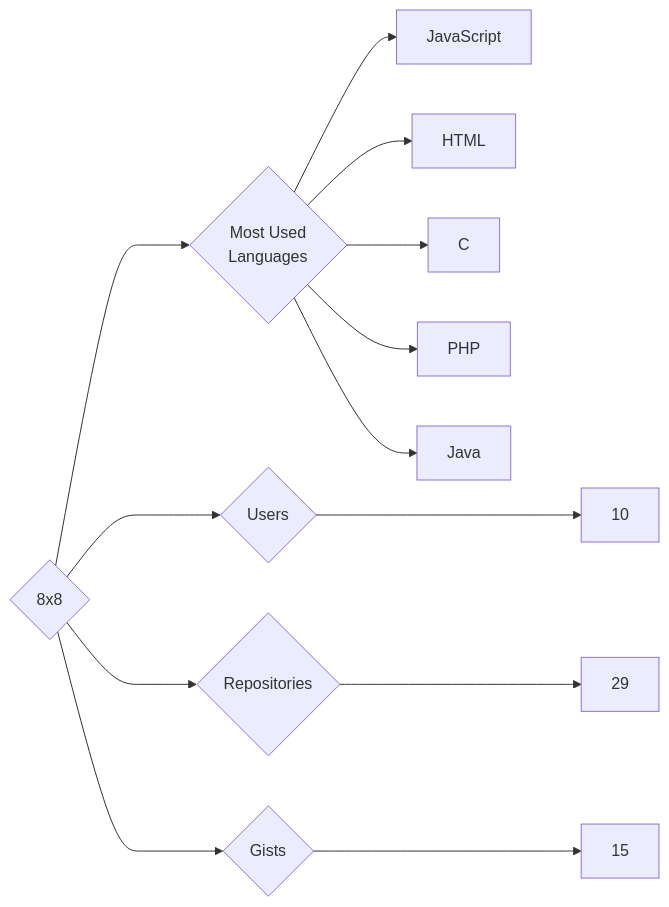
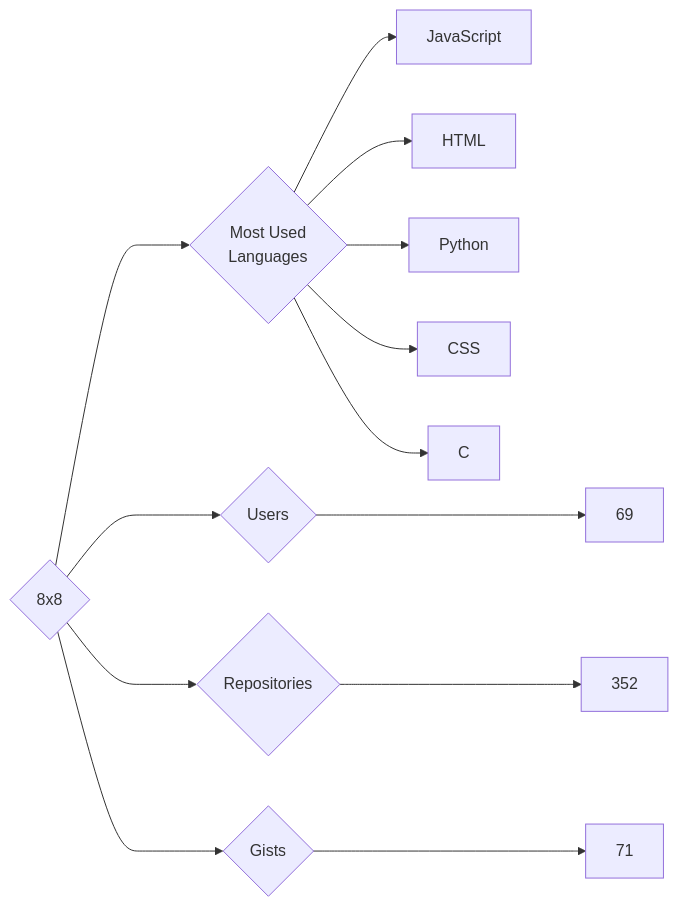
One commit to trickest/insiders changed the diagram in targets/8x8/README.md. Above: the diagram before and after it, drawn with Mermaid. The commit also changed 1166 other files, not shown here.

````diff
--- a/targets/8x8/README.md
+++ b/targets/8x8/README.md
@@ -3,13 +3,13 @@
 ```mermaid
 graph LR
 COMPANY_NAME{8x8}
-COMPANY_NAME ---> U{Users} ---> UN[10]
-COMPANY_NAME ---> R{Repositories} ---> RN[29]
-COMPANY_NAME ---> G{Gists} ---> GN[15]
+COMPANY_NAME ---> U{Users} ---> UN[69]
+COMPANY_NAME ---> R{Repositories} ---> RN[352]
+COMPANY_NAME ---> G{Gists} ---> GN[71]
 COMPANY_NAME ---> ML{Most Used<br>Languages}
 ML --> JavaScript[JavaScript]
 ML --> HTML[HTML]
+ML --> Python[Python]
+ML --> CSS[CSS]
 ML --> C[C]
-ML --> PHP[PHP]
-ML --> Java[Java]
 ```
````
